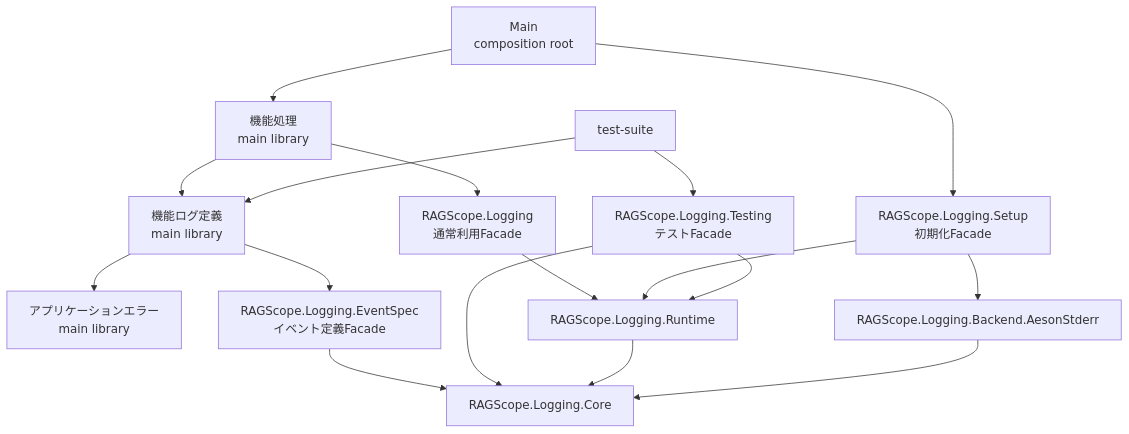
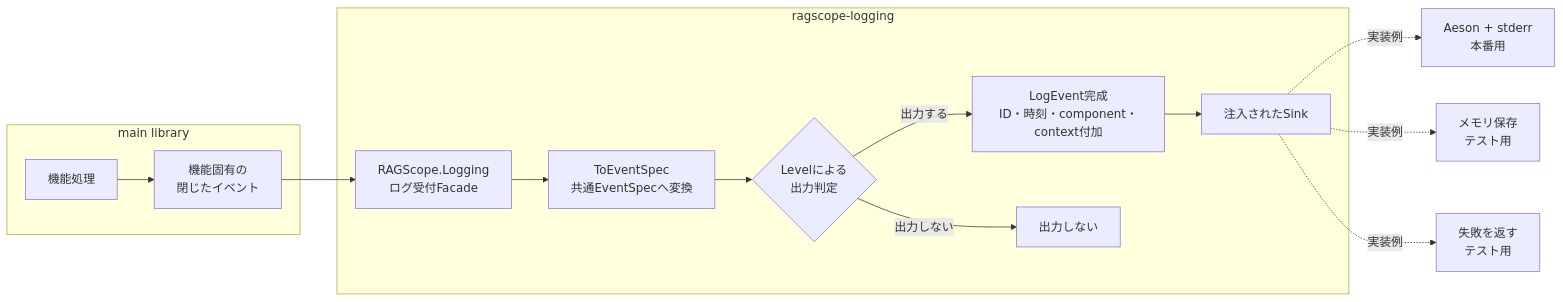
The second of 2 diagrams in project-docs/design/構造化ログ詳細設計.md (takashit16833/RAGScope), drawn with Mermaid before and after one commit. The commit also changed other lines of this file and 4 other files, not shown here.

````diff
--- a/project-docs/design/構造化ログ詳細設計.md
+++ b/project-docs/design/構造化ログ詳細設計.md
@@ -102,36 +36,29 @@
 ```mermaid
-flowchart TD
-    Main["Main<br>composition root"]
-    Process["機能処理<br>main library"]
-    FeatureLogging["機能ログ定義<br>main library"]
-    AppError["アプリケーションエラー<br>main library"]
+flowchart LR
+    subgraph Main["main library"]
+        Func["機能処理"]
+        Event["機能固有の<br>閉じたイベント"]
+        Func --> Event
+    end
 
-    Logging["RAGScope.Logging<br>通常利用Facade"]
-    EventSpecFacade["RAGScope.Logging.EventSpec<br>イベント定義Facade"]
-    Setup["RAGScope.Logging.Setup<br>初期化Facade"]
-    Testing["RAGScope.Logging.Testing<br>テストFacade"]
+    subgraph Logging["ragscope-logging"]
+        Facade["RAGScope.Logging<br>ログ受付Facade"]
+        Mapping["ToEventSpec<br>共通EventSpecへ変換"]
+        Filter{"Levelによる<br>出力判定"}
+        Complete["LogEvent完成<br>ID・時刻・component・context付加"]
+        Sink["注入されたSink"]
+        Drop["出力しない"]
 
-    Core["RAGScope.Logging.Core"]
-    Runtime["RAGScope.Logging.Runtime"]
-    Backend["RAGScope.Logging.Backend.AesonStderr"]
-    TestSuite["test-suite"]
+        Event --> Facade --> Mapping --> Filter
+        Filter -->|"出力しない"| Drop
+        Filter -->|"出力する"| Complete --> Sink
+    end
 
-    Main --> Process
-    Main --> Setup
-    Process --> FeatureLogging
-    Process --> Logging
-    FeatureLogging --> EventSpecFacade
-    FeatureLogging --> AppError
+    Stderr["Aeson + stderr<br>本番用"]
+    Memory["メモリ保存<br>テスト用"]
+    Failure["失敗を返す<br>テスト用"]
 
-    Logging --> Runtime
-    EventSpecFacade --> Core
-    Setup --> Runtime
-    Setup --> Backend
-    Testing --> Runtime
-    Testing --> Core
-    Runtime --> Core
-    Backend --> Core
-
-    TestSuite --> Testing
-    TestSuite --> FeatureLogging
+    Sink -.->|"実装例"| Stderr
+    Sink -.->|"実装例"| Memory
+    Sink -.->|"実装例"| Failure
 ```
````
